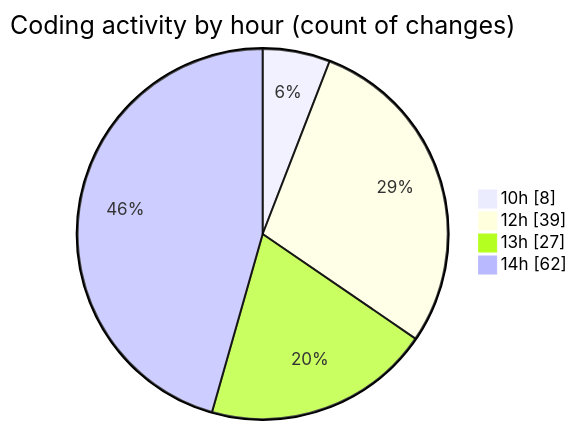
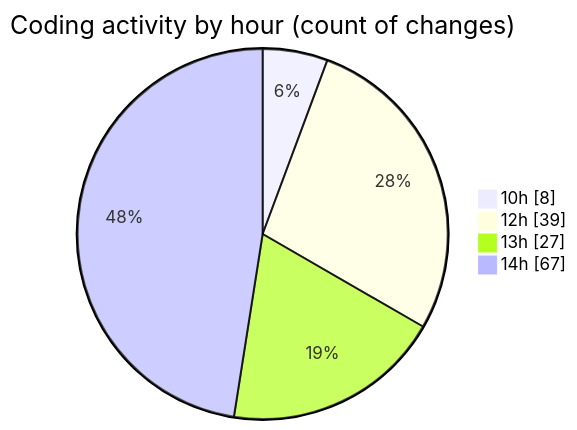
One commit to momahboobian/code-tracking changed the second of 2 diagrams in 2025-05-02/cda/README.md. Above: the diagram before and after it, drawn with Mermaid. The commit also changed other lines of this file and 1 other file, not shown here.

````diff
--- a/2025-05-02/cda/README.md
+++ b/2025-05-02/cda/README.md
@@ -44,8 +44,8 @@
 ```mermaid
 pie showData
 title Coding activity by hour (count of changes)
 "10h" : 8
 "12h" : 39
 "13h" : 27
-"14h" : 62
+"14h" : 67
 ```
````
